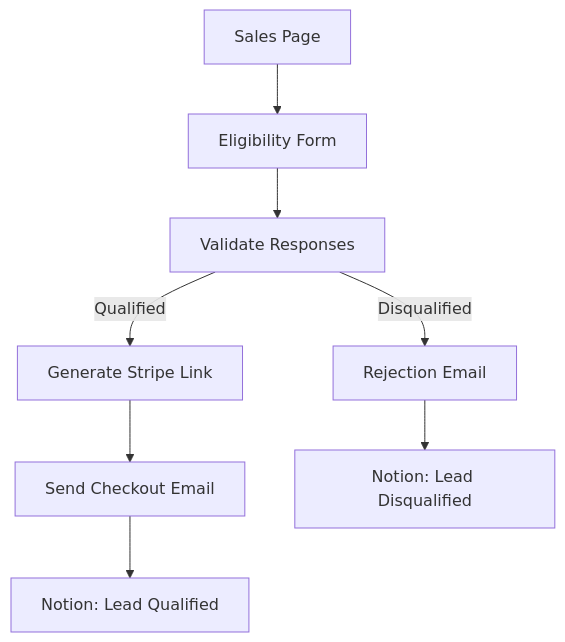
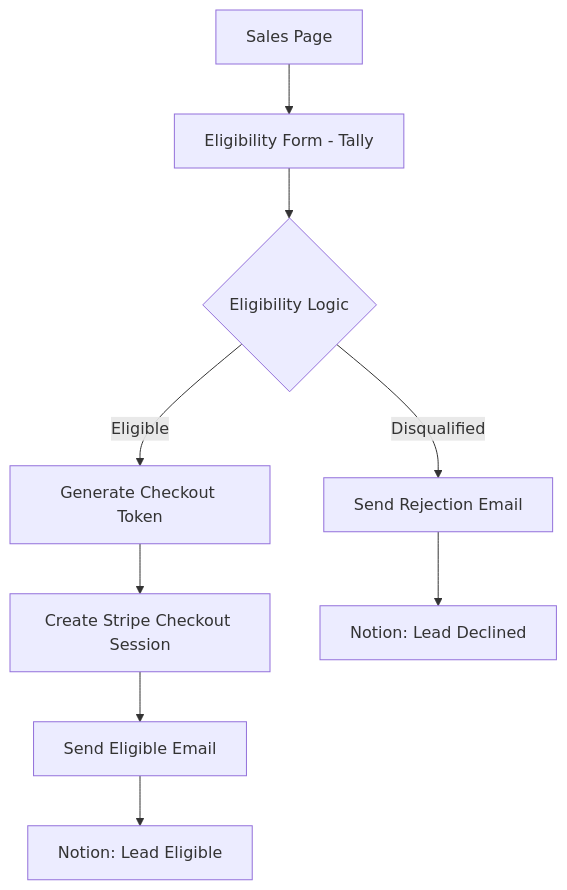
One commit to CrisisCore-Systems/node-null-control changed the first of 7 diagrams in automation/service_wiring.md. Above: the diagram before and after it, drawn with Mermaid. The commit also changed other lines of this file and 3 other files, not shown here.

Commit message:
Refine eligibility gate with production form copy and rejection email

````diff
--- a/automation/service_wiring.md
+++ b/automation/service_wiring.md
@@ -155,10 +167,11 @@
 ```mermaid
 flowchart TD
-    Sales[Sales Page] --> Eligibility[Eligibility Form]
-    Eligibility --> Validate[Validate Responses]
-    Validate -->|Qualified| Stripe[Generate Stripe Link]
-    Validate -->|Disqualified| Reject[Rejection Email]
-    Stripe --> Email[Send Checkout Email]
-    Email --> Notion1[Notion: Lead Qualified]
-    Reject --> Notion2[Notion: Lead Disqualified]
+    Sales[Sales Page] --> Eligibility[Eligibility Form - Tally]
+    Eligibility --> Router{Eligibility Logic}
+    Router -->|Eligible| Token[Generate Checkout Token]
+    Router -->|Disqualified| Reject[Send Rejection Email]
+    Token --> Stripe[Create Stripe Checkout Session]
+    Stripe --> Email[Send Eligible Email]
+    Email --> Notion1[Notion: Lead Eligible]
+    Reject --> Notion2[Notion: Lead Declined]
 ```
````
